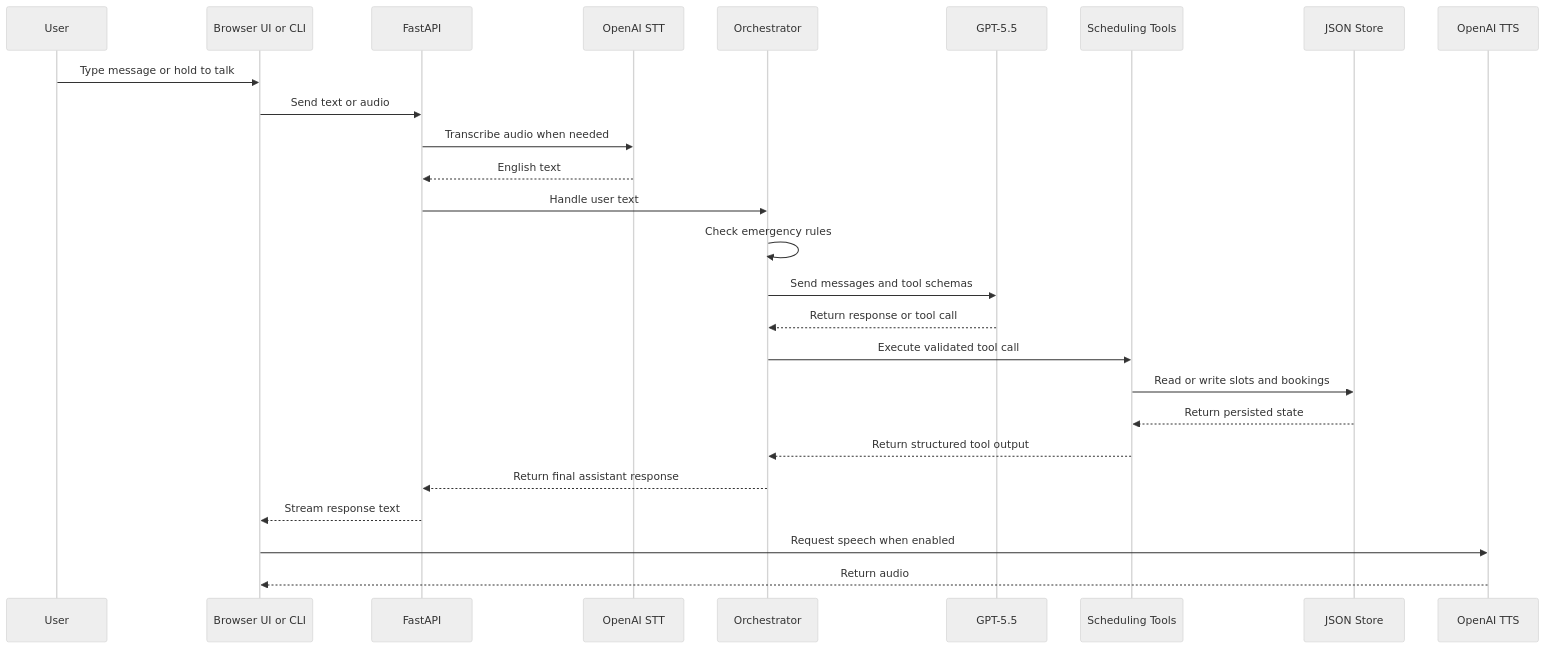
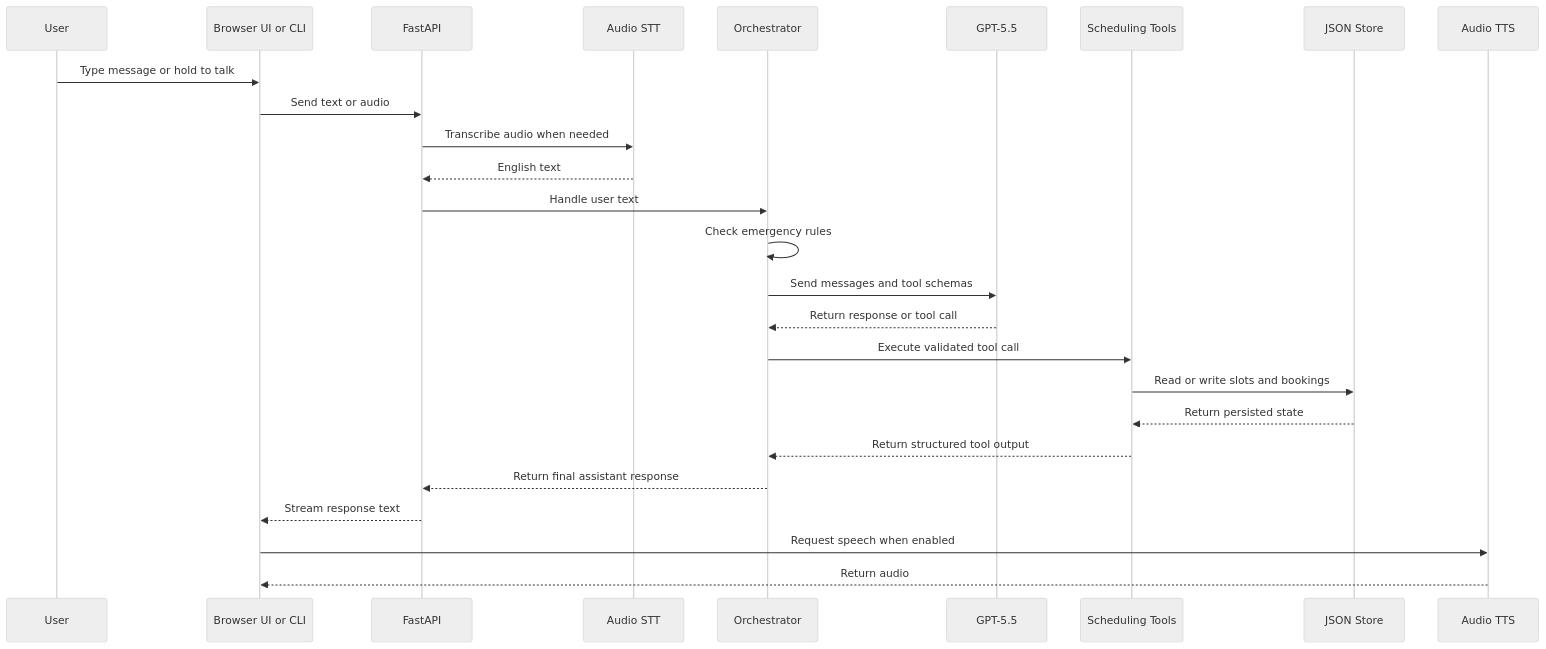
Before and after one commit to amankumarhal/scheduling_agent: the diagram in docs/CODE_WALKTHROUGH.md, drawn with Mermaid (neutral theme). The commit also changed other lines of this file and 10 other files, not shown here.

````diff
--- a/docs/CODE_WALKTHROUGH.md
+++ b/docs/CODE_WALKTHROUGH.md
@@ -7,29 +7,29 @@
 ```mermaid
 sequenceDiagram
     participant User
     participant UI as Browser UI or CLI
     participant API as FastAPI
-    participant STT as OpenAI STT
+    participant STT as Audio STT
     participant Orchestrator
     participant LLM as GPT-5.5
     participant Tools as Scheduling Tools
     participant Store as JSON Store
-    participant TTS as OpenAI TTS
+    participant TTS as Audio TTS
 
     User->>UI: Type message or hold to talk
     UI->>API: Send text or audio
     API->>STT: Transcribe audio when needed
     STT-->>API: English text
     API->>Orchestrator: Handle user text
     Orchestrator->>Orchestrator: Check emergency rules
     Orchestrator->>LLM: Send messages and tool schemas
     LLM-->>Orchestrator: Return response or tool call
     Orchestrator->>Tools: Execute validated tool call
     Tools->>Store: Read or write slots and bookings
     Store-->>Tools: Return persisted state
     Tools-->>Orchestrator: Return structured tool output
     Orchestrator-->>API: Return final assistant response
     API-->>UI: Stream response text
     UI->>TTS: Request speech when enabled
     TTS-->>UI: Return audio
 ```
````
